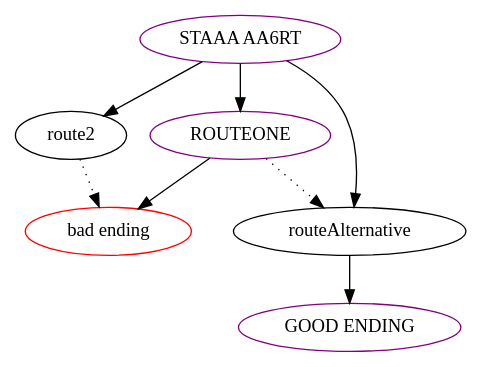
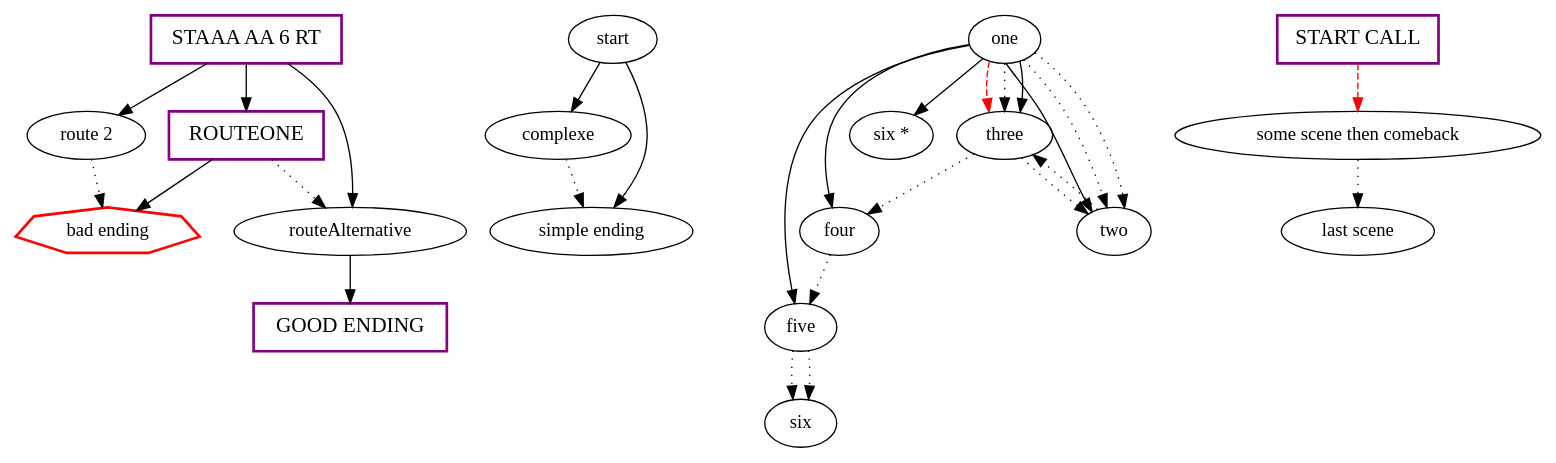
The diagram in renpy-graphviz.dot (EwenQuim/renpy-graphviz), drawn with Graphviz before and after one commit. The commit also changed 38 other files, not shown here.

```diff
--- a/renpy-graphviz.dot
+++ b/renpy-graphviz.dot
@@ -1,17 +1,50 @@
 digraph  {
 	
-	n2[color="red",label="bad ending"];
-	n4[color="purple",label="GOOD ENDING"];
-	n5[label="route2"];
-	n3[label="routeAlternative"];
-	n1[color="purple",label="ROUTEONE"];
-	n6[color="purple",label="STAAA AA6RT"];
-	n5->n2[style="dotted"];
-	n3->n4;
+	n8[color="red",label="bad ending",shape="septagon",style="bold"];
+	n18[label="complexe"];
+	n14[label="five"];
+	n13[label="four"];
+	n10[color="purple",fontsize="16",label="GOOD ENDING",shape="rectangle",style="bold"];
+	n6[label="last scene"];
+	n1[label="one"];
+	n11[label="route 2"];
+	n9[label="routeAlternative"];
+	n7[color="purple",fontsize="16",label="ROUTEONE",shape="rectangle",style="bold"];
+	n17[label="simple ending"];
+	n15[label="six"];
+	n19[label="six *"];
+	n5[label="some scene then comeback"];
+	n12[color="purple",fontsize="16",label="STAAA AA 6 RT",shape="rectangle",style="bold"];
+	n16[label="start"];
+	n4[color="purple",fontsize="16",label="START CALL",shape="rectangle",style="bold"];
+	n2[label="three"];
+	n3[label="two"];
+	n18->n17[style="dotted"];
+	n14->n15[style="dotted"];
+	n14->n15[style="dotted"];
+	n13->n14[style="dotted"];
+	n1->n2[color="red",style="dashed"];
+	n1->n2[style="dotted"];
+	n1->n3;
 	n1->n2;
+	n1->n13;
+	n1->n14;
 	n1->n3[style="dotted"];
-	n6->n1;
-	n6->n5;
-	n6->n3;
+	n1->n19;
+	n1->n3[style="dotted"];
+	n11->n8[style="dotted"];
+	n9->n10;
+	n7->n8;
+	n7->n9[style="dotted"];
+	n5->n6[style="dotted"];
+	n12->n7;
+	n12->n11;
+	n12->n9;
+	n16->n17;
+	n16->n18;
+	n4->n5[color="red",style="dashed"];
+	n2->n3[style="dotted"];
+	n2->n13[style="dotted"];
+	n3->n2[style="dotted"];
 	
 }
```
